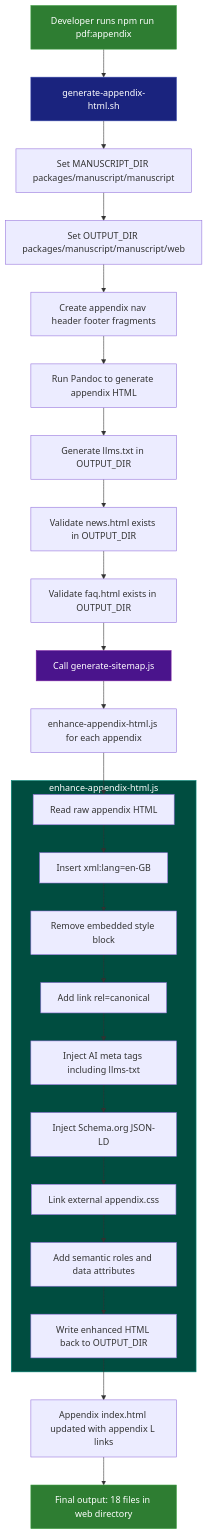
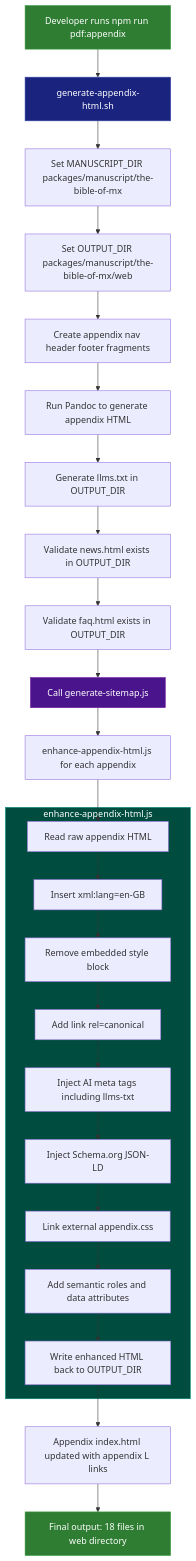
Before and after one commit to ddttom/invisible-users: the second of 2 diagrams in docs/doc-architecture.md, drawn with Mermaid. The commit also changed 47 other files, not shown here.

````diff
--- a/docs/doc-architecture.md
+++ b/docs/doc-architecture.md
@@ -35,42 +35,42 @@
 ```mermaid
 flowchart TB
     A[Developer runs npm run pdf:appendix] --> B[generate-appendix-html.sh]
 
-    B --> C[Set MANUSCRIPT_DIR packages/manuscript/manuscript]
-    C --> D[Set OUTPUT_DIR packages/manuscript/manuscript/web]
+    B --> C[Set MANUSCRIPT_DIR packages/manuscript/the-bible-of-mx]
+    C --> D[Set OUTPUT_DIR packages/manuscript/the-bible-of-mx/web]
 
     D --> E[Create appendix nav header footer fragments]
     E --> F[Run Pandoc to generate appendix HTML]
 
     F --> G[Generate llms.txt in OUTPUT_DIR]
 
     G --> H[Validate news.html exists in OUTPUT_DIR]
     H --> I[Validate faq.html exists in OUTPUT_DIR]
 
     I --> J[Call generate-sitemap.js]
 
     J --> K[enhance-appendix-html.js for each appendix]
 
     subgraph enhance[enhance-appendix-html.js]
         K1[Read raw appendix HTML]
         K2[Insert xml:lang=en-GB]
         K3[Remove embedded style block]
         K4[Add link rel=canonical]
         K5[Inject AI meta tags including llms-txt]
         K6[Inject Schema.org JSON-LD]
         K7[Link external appendix.css]
         K8[Add semantic roles and data attributes]
         K9[Write enhanced HTML back to OUTPUT_DIR]
     end
 
     K --> K1 --> K2 --> K3 --> K4 --> K5 --> K6 --> K7 --> K8 --> K9
 
     K9 --> L[Appendix index.html updated with appendix L links]
     L --> M[Final output: 18 files in web directory]
 
     style B fill:#1a237e,stroke:#3949ab,color:#fff
     style enhance fill:#004d40,stroke:#00897b,color:#fff
     style J fill:#4a148c,stroke:#7b1fa2,color:#fff
     style A fill:#2e7d32,stroke:#43a047,color:#fff
     style M fill:#2e7d32,stroke:#43a047,color:#fff
 ```
````
